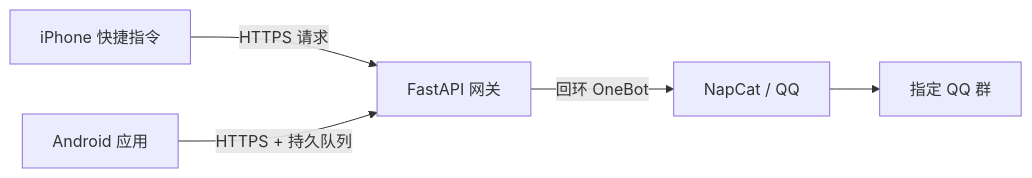
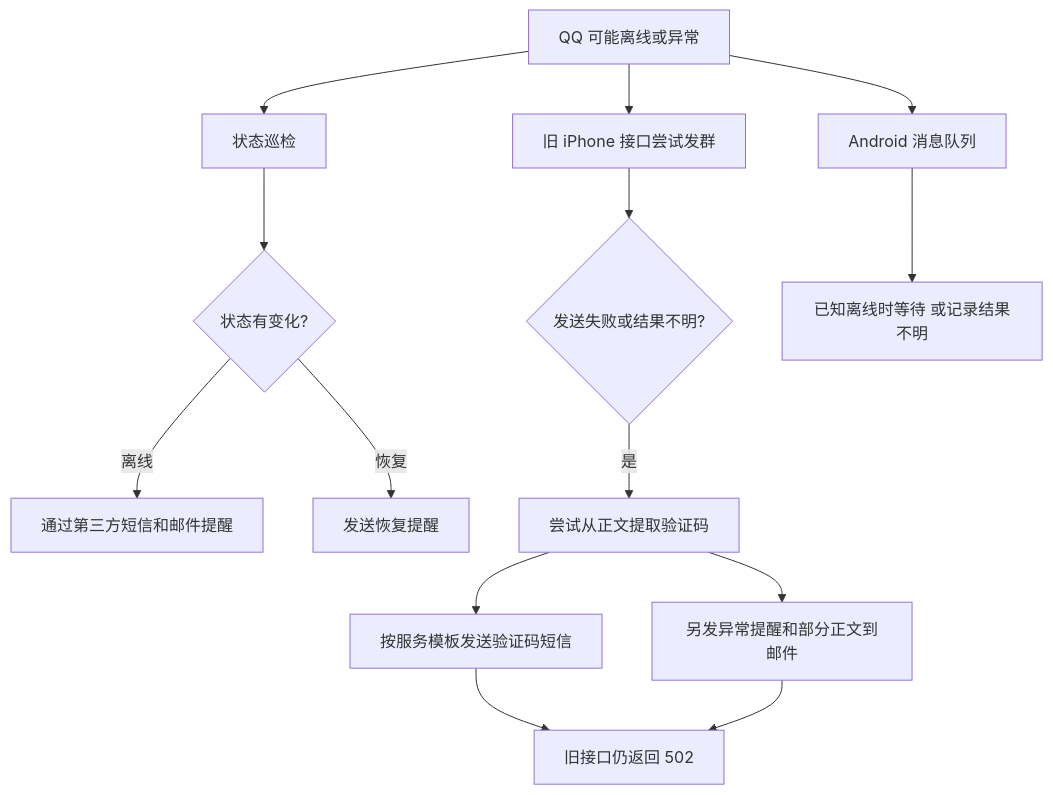
The third of 3 diagrams in README.md (Xie-Fantasy/SignalNest-shared-sms), drawn with Mermaid before and after one commit. The commit also changed other lines of this file and 3 other files, not shown here.

````diff
--- a/README.md
+++ b/README.md
@@ -9,7 +104,16 @@
 ```mermaid
-flowchart LR
-  I[iPhone 快捷指令] -->|HTTPS 请求| S[FastAPI 网关]
-  A[Android 应用] -->|HTTPS + 持久队列| S
-  S -->|回环 OneBot| N[NapCat / QQ]
-  N --> G[指定 QQ 群]
+flowchart TD
+    QQ[QQ 可能离线或异常] --> MON[状态巡检]
+    MON --> OFF{状态有变化?}
+    OFF -->|离线| ALERT[通过第三方短信和邮件提醒]
+    OFF -->|恢复| BACK[发送恢复提醒]
+    QQ --> PUSH[旧 iPhone 接口尝试发群]
+    PUSH --> FAIL{发送失败或结果不明?}
+    FAIL -->|是| EXTRACT[尝试从正文提取验证码]
+    EXTRACT --> CODE[按服务模板发送验证码短信]
+    EXTRACT --> MAIL[另发异常提醒和部分正文到邮件]
+    CODE --> RETURN[旧接口仍返回 502]
+    MAIL --> RETURN
+    QQ --> ANDROID[Android 消息队列]
+    ANDROID --> HOLD[已知离线时等待 或记录结果不明]
 ```
````
